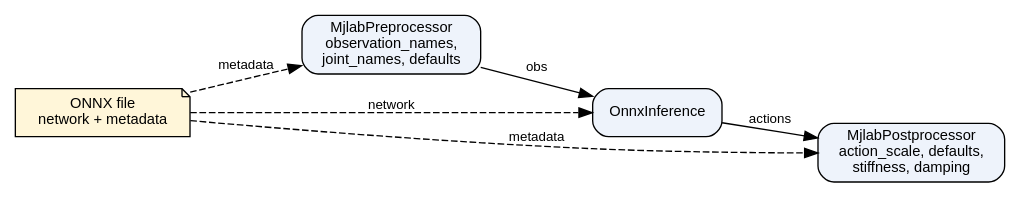
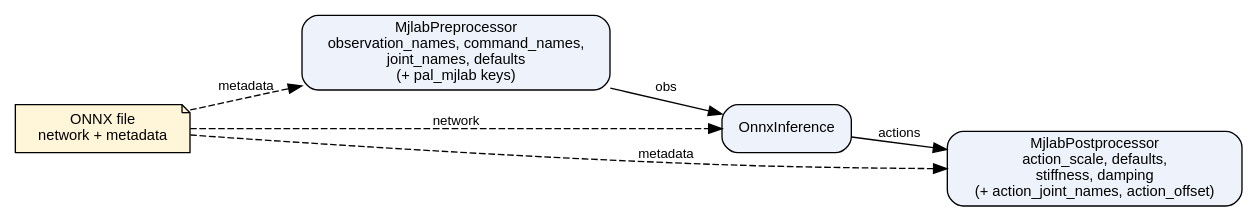
The first of 3 diagrams in docs/mjlab.rst (saikishor/ros2_policy_framework), drawn with Graphviz before and after one commit. The commit also changed other lines of this file, not shown here.

Commit message:
Show the motion command and the initial gains in the mjlab diagrams and correct the gains delivery

```diff
--- a/docs/mjlab.rst
+++ b/docs/mjlab.rst
@@ -9,16 +10,16 @@
 .. graphviz::
 
    digraph mjlab {
      rankdir=LR;
      node [shape=box, style="rounded,filled", fillcolor="#eef3fb", fontname="Helvetica", fontsize=11];
      edge [fontname="Helvetica", fontsize=10];
      onnx [label="ONNX file\nnetwork + metadata", shape=note, fillcolor="#fff6d9"];
-     pre [label="MjlabPreprocessor\nobservation_names,\njoint_names, defaults"];
+     pre [label="MjlabPreprocessor\nobservation_names, command_names,\njoint_names, defaults\n(+ pal_mjlab keys)"];
      inf [label="OnnxInference"];
-     post [label="MjlabPostprocessor\naction_scale, defaults,\nstiffness, damping"];
+     post [label="MjlabPostprocessor\naction_scale, defaults,\nstiffness, damping\n(+ action_joint_names, action_offset)"];
      onnx -> pre [style=dashed, label="metadata"];
      onnx -> inf [style=dashed, label="network"];
      onnx -> post [style=dashed, label="metadata"];
      pre -> inf [label="obs"];
      inf -> post [label="actions"];
    }
```
